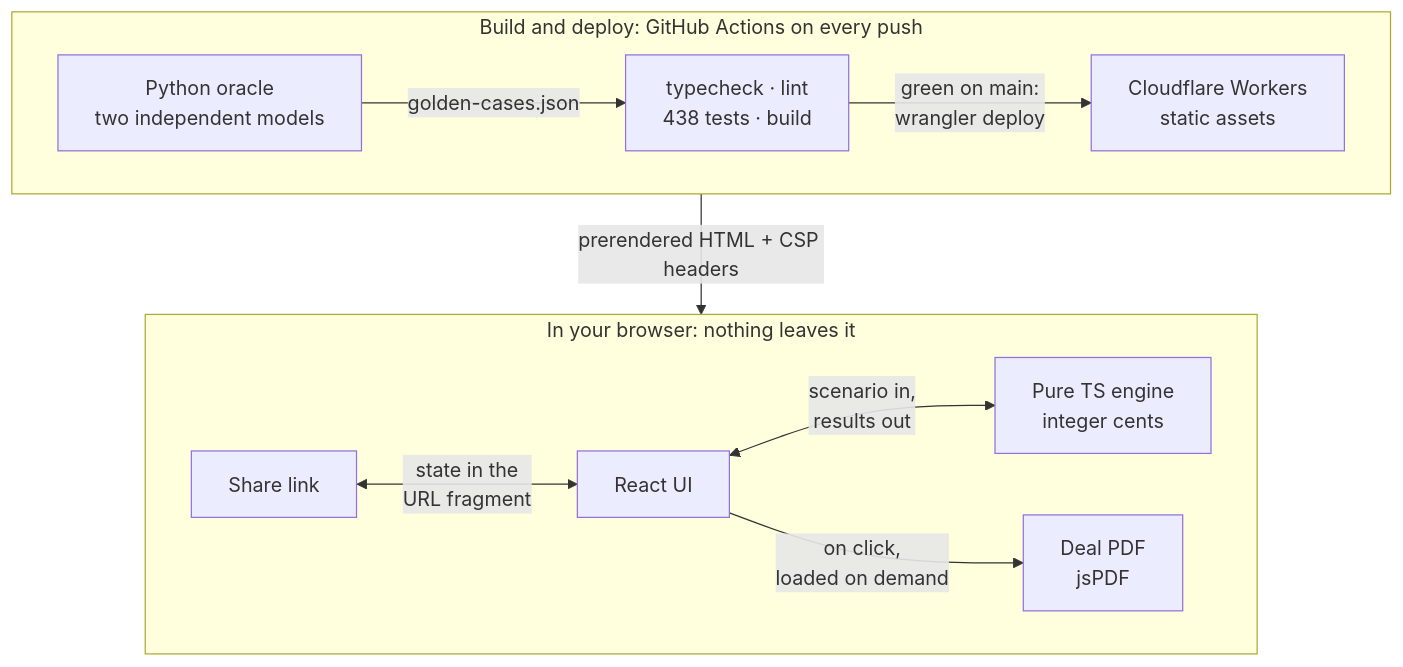
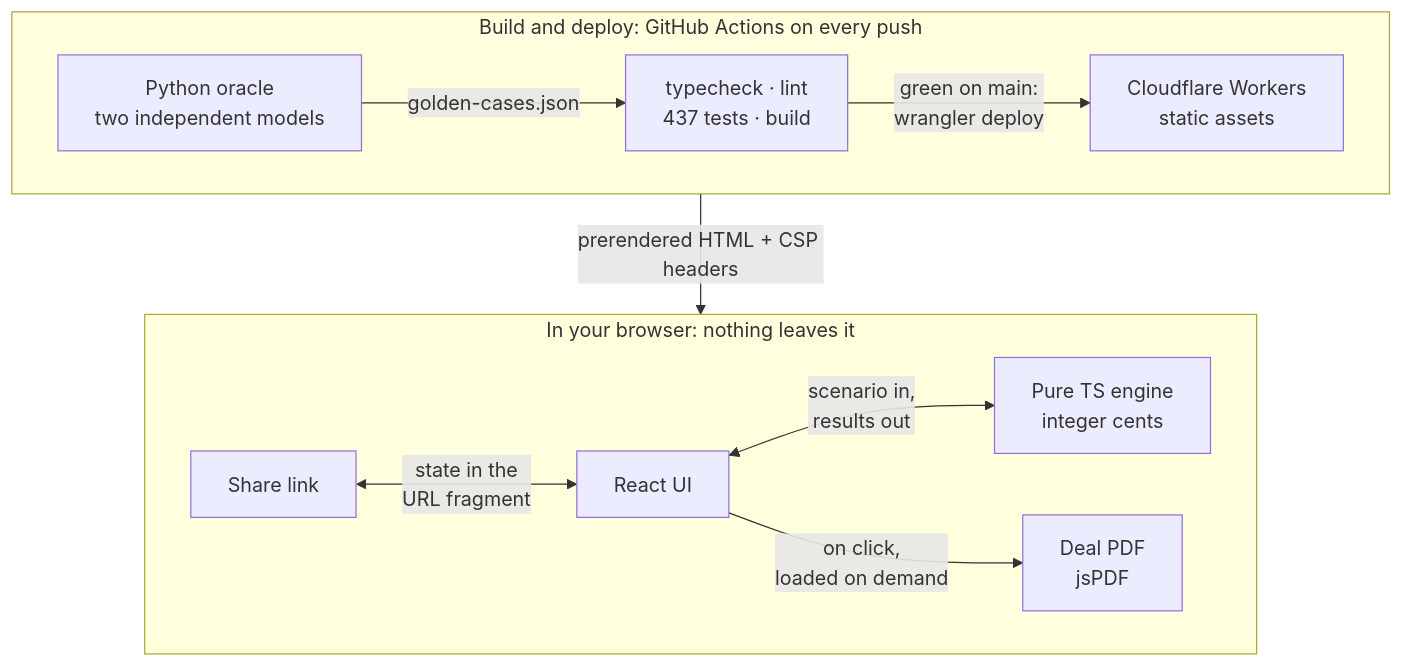
One commit to andriuskleinas/tiny-percent changed the diagram in README.md. Above: the diagram before and after it, drawn with Mermaid. The commit also changed other lines of this file and 10 other files, not shown here.

````diff
--- a/README.md
+++ b/README.md
@@ -141,15 +141,15 @@
 ```mermaid
 flowchart TB
   subgraph Build["Build and deploy: GitHub Actions on every push"]
     direction LR
-    O[Python oracle<br/>two independent models] -->|golden-cases.json| G[typecheck · lint<br/>438 tests · build]
+    O[Python oracle<br/>two independent models] -->|golden-cases.json| G[typecheck · lint<br/>437 tests · build]
     G -->|green on main:<br/>wrangler deploy| CF[Cloudflare Workers<br/>static assets]
   end
   subgraph Browser["In your browser: nothing leaves it"]
     direction LR
     L[Share link] <-->|state in the<br/>URL fragment| UI[React UI]
     UI <-->|scenario in,<br/>results out| E[Pure TS engine<br/>integer cents]
     UI -->|on click,<br/>loaded on demand| P[Deal PDF<br/>jsPDF]
   end
   Build -->|prerendered HTML + CSP headers| Browser
 ```
````
